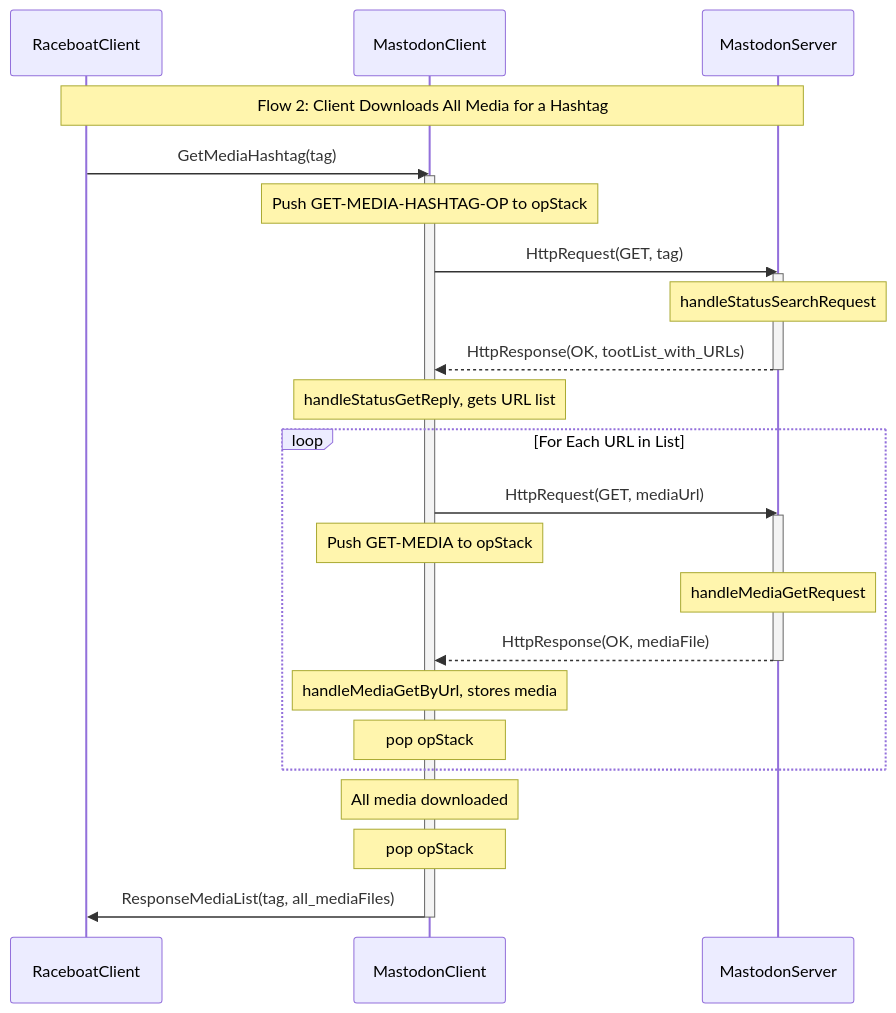
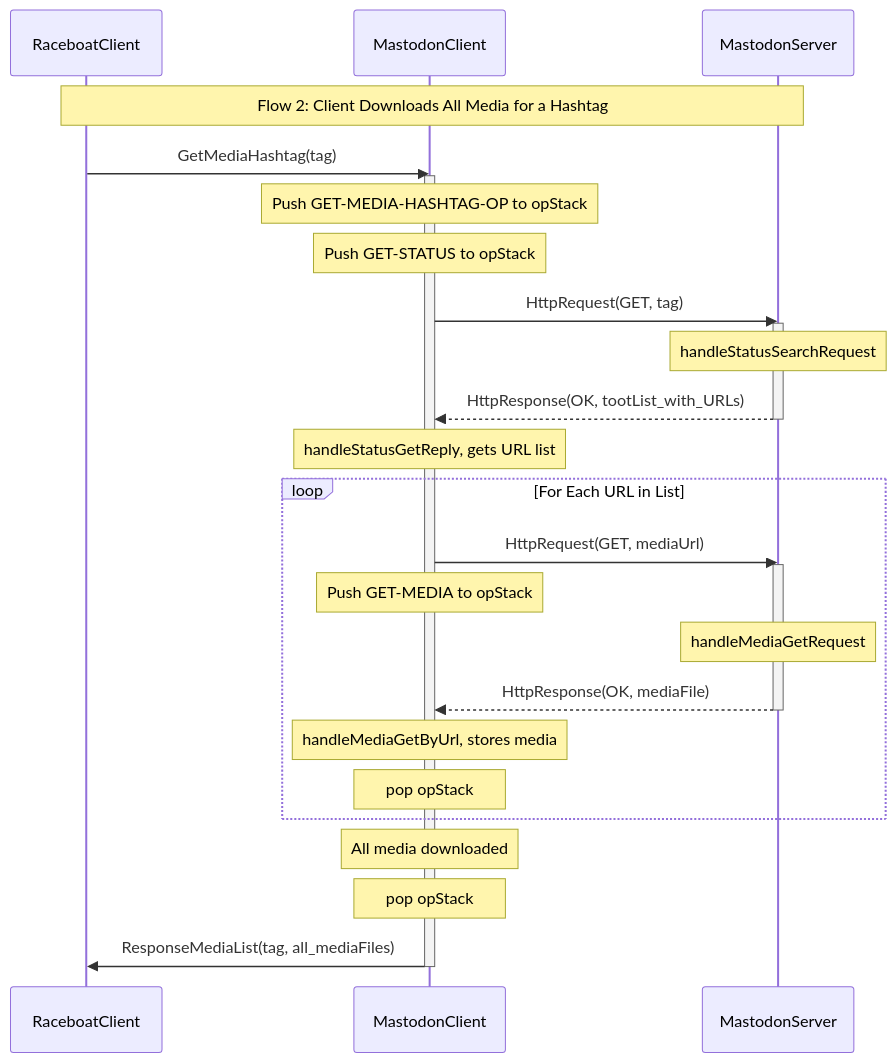
Before and after one commit to raytheonbbn/maude-hcs: diagram 19 of 19 in DEVELOPER.md, drawn with Mermaid.

Commit message:
Doc: Update fetch flowchart
Update fetch flowchart.

````diff
--- a/DEVELOPER.md
+++ b/DEVELOPER.md
@@ -650,36 +650,37 @@
 ```mermaid
 sequenceDiagram
     participant RaceboatClient
     participant MastodonClient
     participant MastodonServer
 
     Note over RaceboatClient, MastodonServer: Flow 2: Client Downloads All Media for a Hashtag
 
     RaceboatClient ->> MastodonClient: GetMediaHashtag(tag)
     activate MastodonClient
 
     Note over MastodonClient: Push GET-MEDIA-HASHTAG-OP to opStack
+    Note over MastodonClient: Push GET-STATUS to opStack
     MastodonClient ->> MastodonServer: HttpRequest(GET, tag)
     activate MastodonServer
     Note over MastodonServer: handleStatusSearchRequest
     MastodonServer -->> MastodonClient: HttpResponse(OK, tootList_with_URLs)
     deactivate MastodonServer
 
     Note over MastodonClient: handleStatusGetReply, gets URL list
 
     loop For Each URL in List
         MastodonClient ->> MastodonServer: HttpRequest(GET, mediaUrl)
         activate MastodonServer
         Note over MastodonClient: Push GET-MEDIA to opStack
         Note over MastodonServer: handleMediaGetRequest
         MastodonServer -->> MastodonClient: HttpResponse(OK, mediaFile)
         deactivate MastodonServer
         Note over MastodonClient: handleMediaGetByUrl, stores media
         Note over MastodonClient: pop opStack
     end
 
     Note over MastodonClient: All media downloaded
     Note over MastodonClient: pop opStack
     MastodonClient ->> RaceboatClient: ResponseMediaList(tag, all_mediaFiles)
     deactivate MastodonClient
 ```
````
